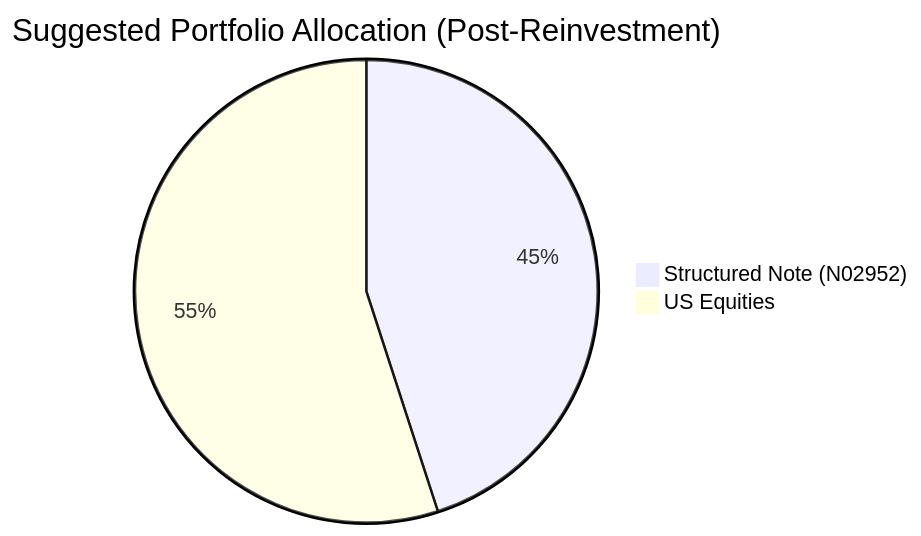
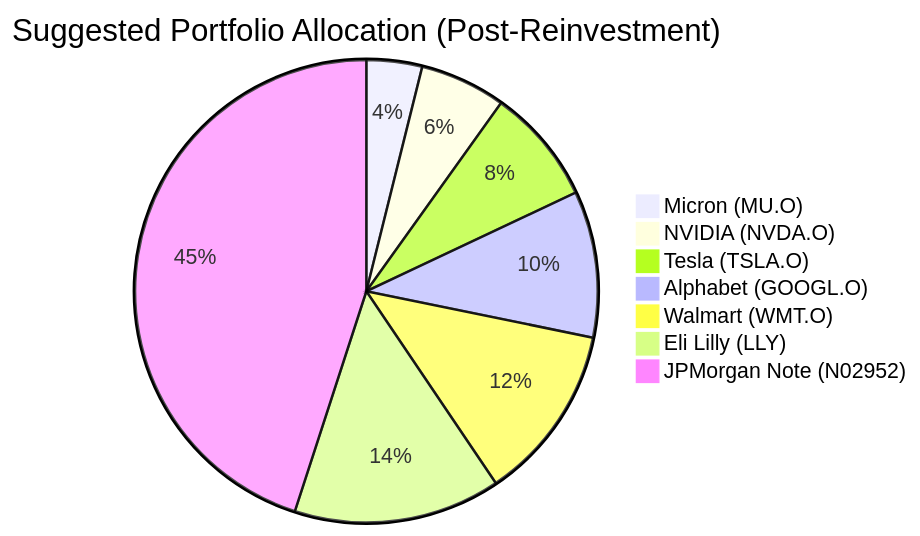
Before and after one commit to roger249/Bot-collaboration: the second of 2 diagrams in docs/sample outputs/reinvestment_proposal-deepseek-v3.2-exp.md, drawn with Mermaid. The commit also changed other lines of this file and 40 other files, not shown here.

````diff
--- a/docs/sample outputs/reinvestment_proposal-deepseek-v3.2-exp.md
+++ b/docs/sample outputs/reinvestment_proposal-deepseek-v3.2-exp.md
@@ -47,5 +52,10 @@
 ```mermaid
 pie title Suggested Portfolio Allocation (Post-Reinvestment)
-    "Structured Note (N02952)" : 45
-    "US Equities" : 55
+    "Micron (MU.O)" : 36905
+    "NVIDIA (NVDA.O)" : 56976
+    "Tesla (TSLA.O)" : 77048
+    "Alphabet (GOOGL.O)" : 97119
+    "Walmart (WMT.O)" : 117190
+    "Eli Lilly (LLY)" : 137261
+    "JPMorgan Note (N02952)" : 427500
 ```
````
